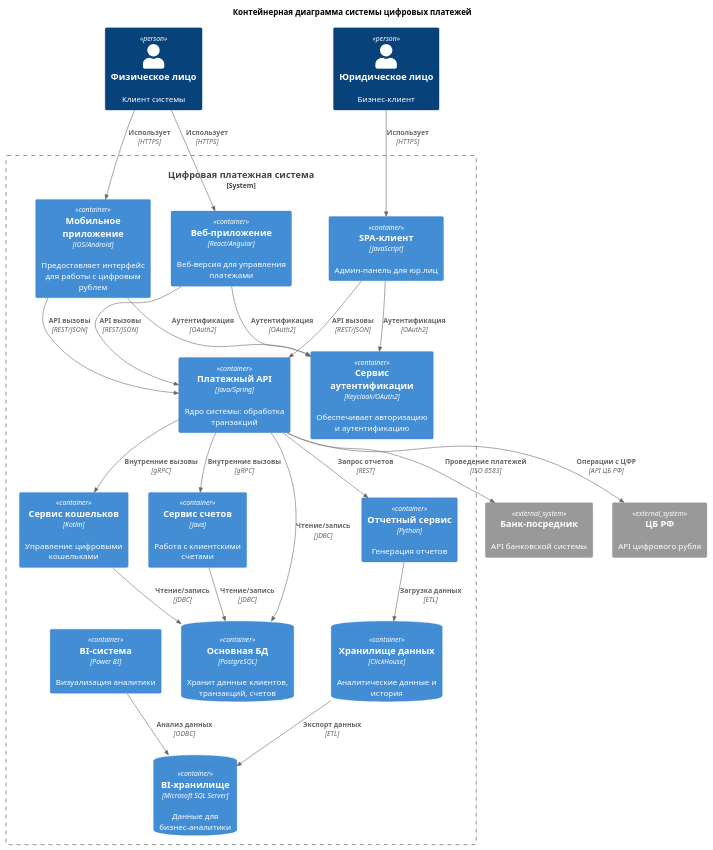
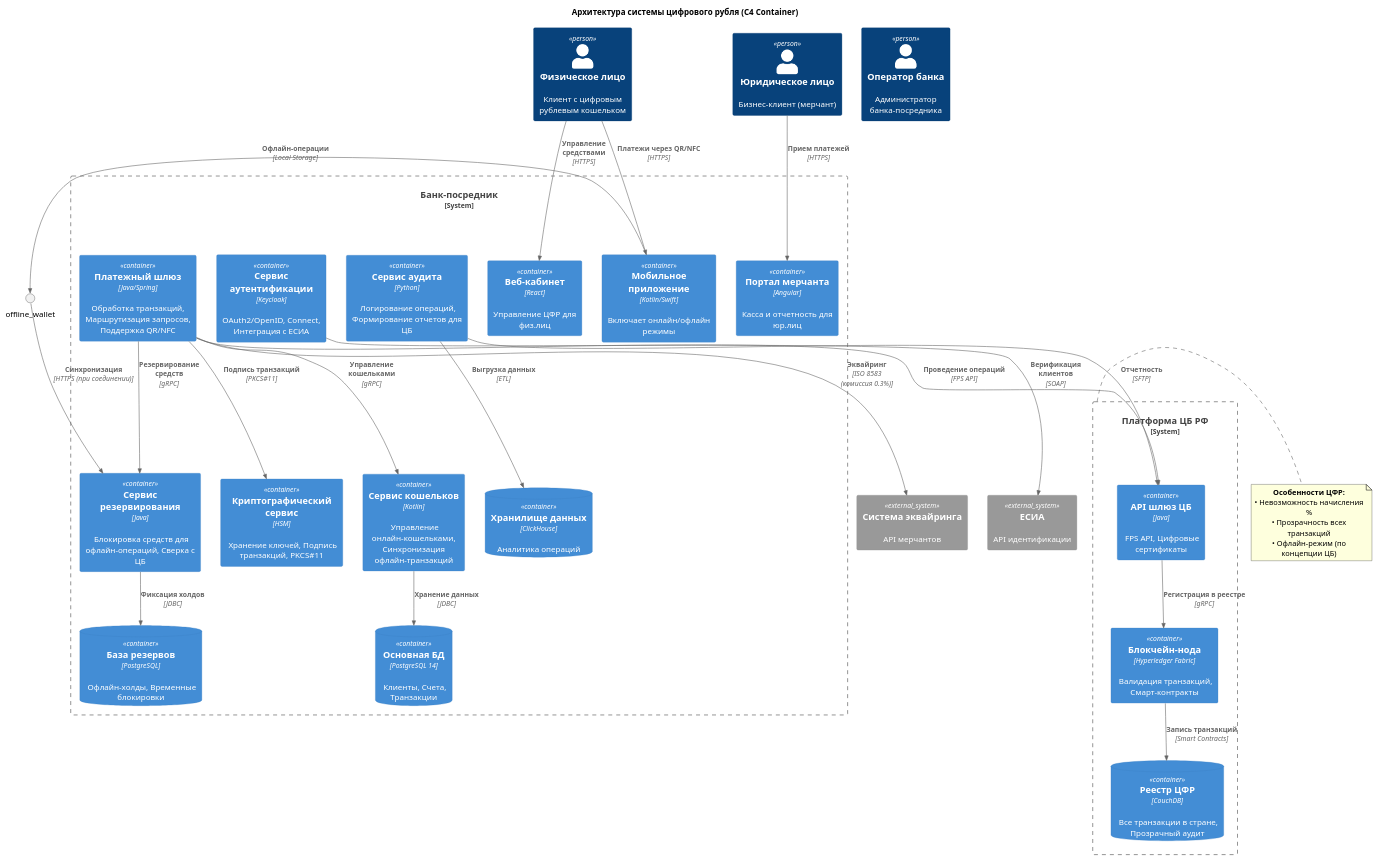
Before and after one commit to shelepovg/architech-2025: the diagram in container_diagramm.plantuml, drawn with PlantUML.

Commit message:
изменения контейнерной диаграммы с учетом обсуждения в чате

```diff
--- a/container_diagramm.plantuml
+++ b/container_diagramm.plantuml
@@ -1,57 +1,87 @@
 @startuml
 !include <C4/C4_Context>
 !include <C4/C4_Container>
 
-title Контейнерная диаграмма системы цифровых платежей
+title Архитектура системы цифрового рубля (C4 Container)
 
-Person(physical_client, "Физическое лицо", "Клиент системы")
-Person(legal_client, "Юридическое лицо", "Бизнес-клиент")
+' === Акторы ===
+Person(physical_client, "Физическое лицо", "Клиент с цифровым рублевым кошельком")
+Person(legal_client, "Юридическое лицо", "Бизнес-клиент (мерчант)")
+Person(bank_operator, "Оператор банка", "Администратор банка-посредника")
 
-System_Boundary(payment_system, "Цифровая платежная система") {
-    Container(mobile_app, "Мобильное приложение", "iOS/Android", "Предоставляет интерфейс для работы с цифровым рублем")
-    Container(web_app, "Веб-приложение", "React/Angular", "Веб-версия для управления платежами")
-    Container(spa, "SPA-клиент", "JavaScript", "Админ-панель для юр.лиц")
-    Container(auth_service, "Сервис аутентификации", "Keycloak/OAuth2", "Обеспечивает авторизацию и аутентификацию")
-    Container(payment_api, "Платежный API", "Java/Spring", "Ядро системы: обработка транзакций")
-    Container(wallet_service, "Сервис кошельков", "Kotlin", "Управление цифровыми кошельками")
-    Container(account_service, "Сервис счетов", "Java", "Работа с клиентскими счетами")
-    Container(reporting_service, "Отчетный сервис", "Python", "Генерация отчетов")
+' === Системные границы ===
+System_Boundary(bank_system, "Банк-посредник") {
+    Container(mobile_app, "Мобильное приложение", "Kotlin/Swift", "Включает онлайн/офлайн режимы")
+    Container(web_app, "Веб-кабинет", "React", "Управление ЦФР для физ.лиц")
+    Container(merchant_portal, "Портал мерчанта", "Angular", "Касса и отчетность для юр.лиц")
     
-    ContainerDb(main_db, "Основная БД", "PostgreSQL", "Хранит данные клиентов, транзакций, счетов")
-    ContainerDb(dwh, "Хранилище данных", "ClickHouse", "Аналитические данные и история")
-    ContainerDb(bi_db, "BI-хранилище", "Microsoft SQL Server", "Данные для бизнес-аналитики")
-    Container(bi_tool, "BI-система", "Power BI", "Визуализация аналитики")
+    Container(auth_service, "Сервис аутентификации", "Keycloak", "OAuth2/OpenID, Connect, Интеграция с ЕСИА")
+    
+    Container(payment_api, "Платежный шлюз", "Java/Spring", "Обработка транзакций,  Маршрутизация запросов, Поддержка QR/NFC")
+    
+    Container(wallet_service, "Сервис кошельков", "Kotlin", " Управление онлайн-кошельками, Синхронизация офлайн-транзакций")
+    
+    Container(reservation_service, "Сервис резервирования", "Java", " Блокировка средств для офлайн-операций, Сверка с ЦБ")
+    
+    Container(crypto_service, "Криптографический сервис", "HSM", " Хранение ключей, Подпись транзакций, PKCS#11")
+    
+    Container(audit_service, "Сервис аудита", "Python", " Логирование операций, Формирование отчетов для ЦБ")
+    
+    ' Базы данных
+    ContainerDb(main_db, "Основная БД", "PostgreSQL 14", " Клиенты, Счета, Транзакции")
+    
+    ContainerDb(reservation_db, "База резервов", "PostgreSQL", " Офлайн-холды, Временные блокировки")
+    
+    ContainerDb(dwh, "Хранилище данных", "ClickHouse", "Аналитика операций")
 }
 
-System_Ext(bank, "Банк-посредник", "API банковской системы")
-System_Ext(cbr, "ЦБ РФ", "API цифрового рубля")
+System_Boundary(cbr_system, "Платформа ЦБ РФ") {
+    Container(cbr_gateway, "API шлюз ЦБ", "Java", " FPS API, Цифровые сертификаты")
+    
+    Container(blockchain_node, "Блокчейн-нода", "Hyperledger Fabric", " Валидация транзакций, Смарт-контракты")
+    
+    ContainerDb(cbr_ledger, "Реестр ЦФР", "CouchDB", " Все транзакции в стране, Прозрачный аудит")
+}
 
-' Связи между контейнерами
-Rel(physical_client, mobile_app, "Использует", "HTTPS")
-Rel(physical_client, web_app, "Использует", "HTTPS")
-Rel(legal_client, spa, "Использует", "HTTPS")
+' === Внешние системы ===
+System_Ext(merchant_acq, "Система эквайринга", "API мерчантов")
+System_Ext(gosuslugi, "ЕСИА", "API идентификации")
 
-Rel(mobile_app, auth_service, "Аутентификация", "OAuth2")
-Rel(web_app, auth_service, "Аутентификация", "OAuth2")
-Rel(spa, auth_service, "Аутентификация", "OAuth2")
+' === Связи ===
+' Клиентские взаимодействия
+Rel(physical_client, mobile_app, "Платежи через QR/NFC", "HTTPS")
+Rel(physical_client, web_app, "Управление средствами", "HTTPS")
+Rel(legal_client, merchant_portal, "Прием платежей", "HTTPS")
 
-Rel(mobile_app, payment_api, "API вызовы", "REST/JSON")
-Rel(web_app, payment_api, "API вызовы", "REST/JSON")
-Rel(spa, payment_api, "API вызовы", "REST/JSON")
+' Банковская инфраструктура
+Rel(mobile_app, offline_wallet, "Офлайн-операции", "Local Storage")
+Rel(offline_wallet, reservation_service, "Синхронизация", "HTTPS (при соединении)")
 
-Rel(payment_api, wallet_service, "Внутренние вызовы", "gRPC")
-Rel(payment_api, account_service, "Внутренние вызовы", "gRPC")
-Rel(payment_api, reporting_service, "Запрос отчетов", "REST")
+Rel(payment_api, wallet_service, "Управление кошельками", "gRPC")
+Rel(payment_api, reservation_service, "Резервирование средств", "gRPC")
+Rel(payment_api, crypto_service, "Подпись транзакций", "PKCS#11")
 
-Rel(wallet_service, main_db, "Чтение/запись", "JDBC")
-Rel(account_service, main_db, "Чтение/запись", "JDBC")
-Rel(payment_api, main_db, "Чтение/запись", "JDBC")
+Rel(wallet_service, main_db, "Хранение данных", "JDBC")
+Rel(reservation_service, reservation_db, "Фиксация холдов", "JDBC")
 
-Rel(reporting_service, dwh, "Загрузка данных", "ETL")
-Rel(dwh, bi_db, "Экспорт данных", "ETL")
-Rel(bi_tool, bi_db, "Анализ данных", "ODBC")
+' Интеграция с ЦБ
+Rel(payment_api, cbr_gateway, "Проведение операций", "FPS API")
+Rel(cbr_gateway, blockchain_node, "Регистрация в реестре", "gRPC")
+Rel(blockchain_node, cbr_ledger, "Запись транзакций", "Smart Contracts")
 
-Rel(payment_api, bank, "Проведение платежей", "ISO 8583")
-Rel(payment_api, cbr, "Операции с ЦФР", "API ЦБ РФ")
+' Дополнительные интеграции
+Rel(payment_api, merchant_acq, "Эквайринг", "ISO 8583\n(комиссия 0.3%)")
+Rel(auth_service, gosuslugi, "Верификация клиентов", "SOAP")
 
+' Аудит и аналитика
+Rel(audit_service, dwh, "Выгрузка данных", "ETL")
+Rel(audit_service, cbr_gateway, "Отчетность", "SFTP")
+
+' === Легенда и примечания ===
+note right of cbr_system
+  <b>Особенности ЦФР:</b>
+  • Невозможность начисления %
+  • Прозрачность всех транзакций
+  • Офлайн-режим (по концепции ЦБ)
+end note
 @enduml
```
